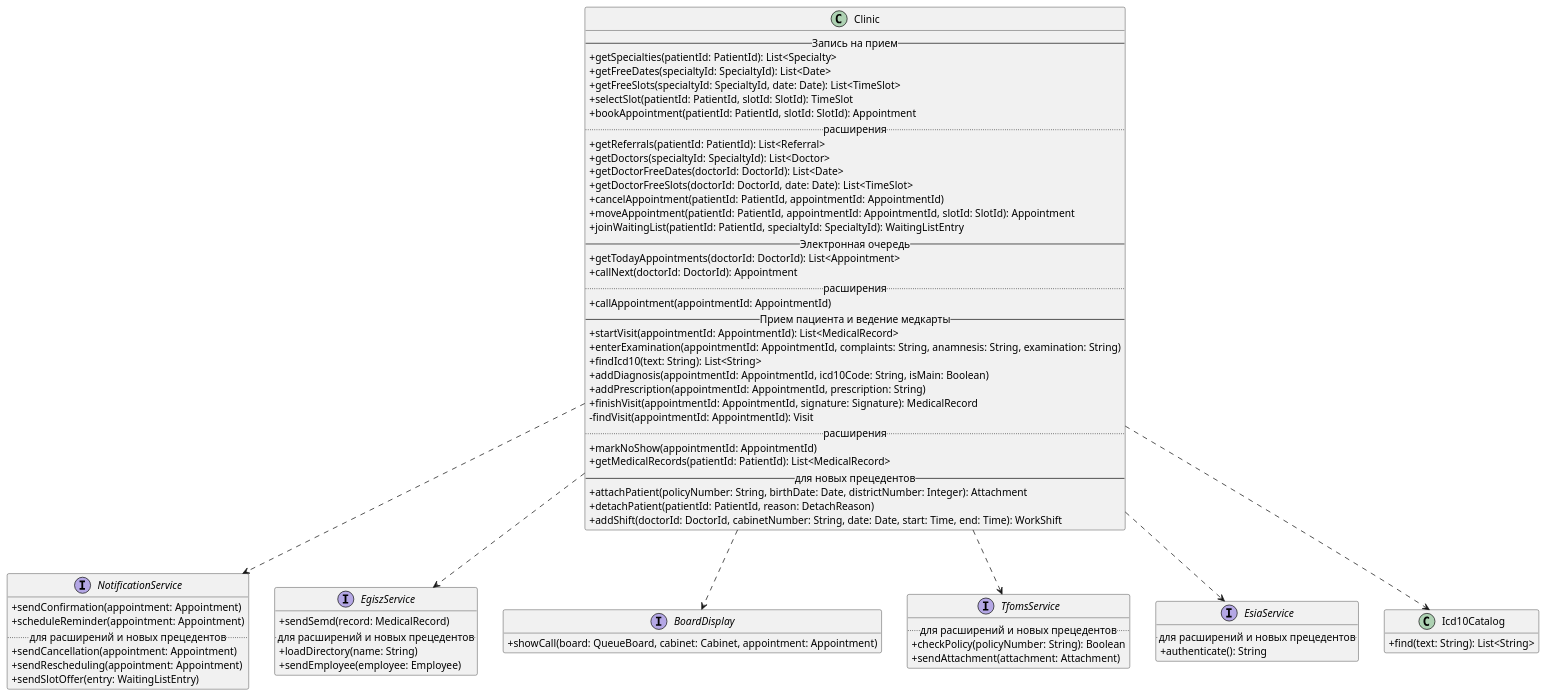
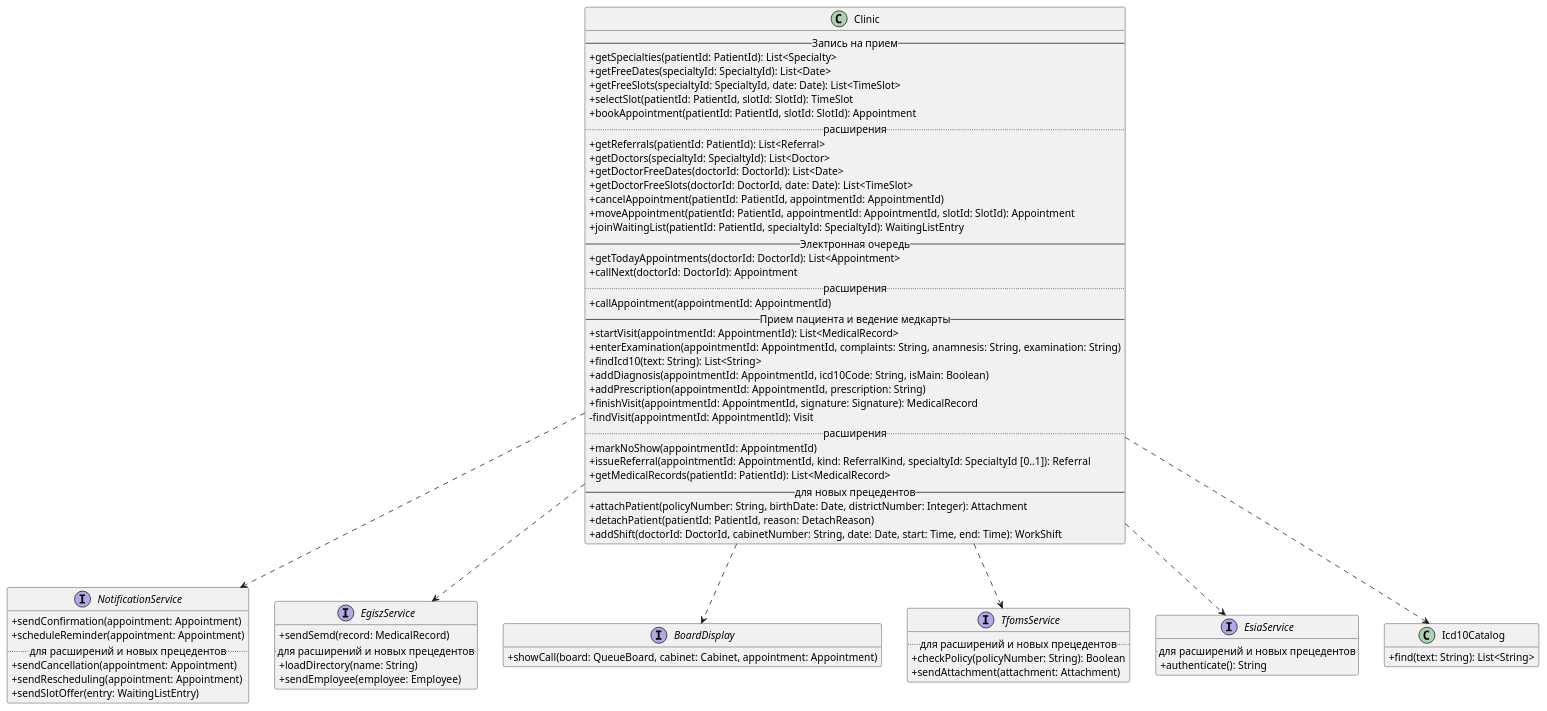
Before and after one commit to penamarth/bsbo-11-24_team3_var3_clinic: the eighth of 8 diagrams in Диаграмма классов.md, drawn with PlantUML. The commit also changed other lines of this file and 2 other files, not shown here.

Commit message:
выдача направления в диаграмме классов

````diff
--- a/Диаграмма классов.md
+++ b/Диаграмма классов.md
@@ -510,81 +512,82 @@
 ```plantuml
 @startuml classes-services
 skinparam classAttributeIconSize 0
 hide empty members
 
 class Clinic {
   -- Запись на прием --
   + getSpecialties(patientId: PatientId): List<Specialty>
   + getFreeDates(specialtyId: SpecialtyId): List<Date>
   + getFreeSlots(specialtyId: SpecialtyId, date: Date): List<TimeSlot>
   + selectSlot(patientId: PatientId, slotId: SlotId): TimeSlot
   + bookAppointment(patientId: PatientId, slotId: SlotId): Appointment
   .. расширения ..
   + getReferrals(patientId: PatientId): List<Referral>
   + getDoctors(specialtyId: SpecialtyId): List<Doctor>
   + getDoctorFreeDates(doctorId: DoctorId): List<Date>
   + getDoctorFreeSlots(doctorId: DoctorId, date: Date): List<TimeSlot>
   + cancelAppointment(patientId: PatientId, appointmentId: AppointmentId)
   + moveAppointment(patientId: PatientId, appointmentId: AppointmentId, slotId: SlotId): Appointment
   + joinWaitingList(patientId: PatientId, specialtyId: SpecialtyId): WaitingListEntry
   -- Электронная очередь --
   + getTodayAppointments(doctorId: DoctorId): List<Appointment>
   + callNext(doctorId: DoctorId): Appointment
   .. расширения ..
   + callAppointment(appointmentId: AppointmentId)
   -- Прием пациента и ведение медкарты --
   + startVisit(appointmentId: AppointmentId): List<MedicalRecord>
   + enterExamination(appointmentId: AppointmentId, complaints: String, anamnesis: String, examination: String)
   + findIcd10(text: String): List<String>
   + addDiagnosis(appointmentId: AppointmentId, icd10Code: String, isMain: Boolean)
   + addPrescription(appointmentId: AppointmentId, prescription: String)
   + finishVisit(appointmentId: AppointmentId, signature: Signature): MedicalRecord
   - findVisit(appointmentId: AppointmentId): Visit
   .. расширения ..
   + markNoShow(appointmentId: AppointmentId)
+  + issueReferral(appointmentId: AppointmentId, kind: ReferralKind, specialtyId: SpecialtyId [0..1]): Referral
   + getMedicalRecords(patientId: PatientId): List<MedicalRecord>
   -- для новых прецедентов --
   + attachPatient(policyNumber: String, birthDate: Date, districtNumber: Integer): Attachment
   + detachPatient(patientId: PatientId, reason: DetachReason)
   + addShift(doctorId: DoctorId, cabinetNumber: String, date: Date, start: Time, end: Time): WorkShift
 }
 
 interface NotificationService {
   + sendConfirmation(appointment: Appointment)
   + scheduleReminder(appointment: Appointment)
   .. для расширений и новых прецедентов ..
   + sendCancellation(appointment: Appointment)
   + sendRescheduling(appointment: Appointment)
   + sendSlotOffer(entry: WaitingListEntry)
 }
 interface EgiszService {
   + sendSemd(record: MedicalRecord)
   .. для расширений и новых прецедентов ..
   + loadDirectory(name: String)
   + sendEmployee(employee: Employee)
 }
 interface BoardDisplay {
   + showCall(board: QueueBoard, cabinet: Cabinet, appointment: Appointment)
 }
 interface TfomsService {
   .. для расширений и новых прецедентов ..
   + checkPolicy(policyNumber: String): Boolean
   + sendAttachment(attachment: Attachment)
 }
 interface EsiaService {
   .. для расширений и новых прецедентов ..
   + authenticate(): String
 }
 class Icd10Catalog {
   + find(text: String): List<String>
 }
 
 Clinic ..> NotificationService
 Clinic ..> EgiszService
 Clinic ..> BoardDisplay
 Clinic ..> TfomsService
 Clinic ..> EsiaService
 Clinic ..> Icd10Catalog
 
 @enduml
 ```
````
